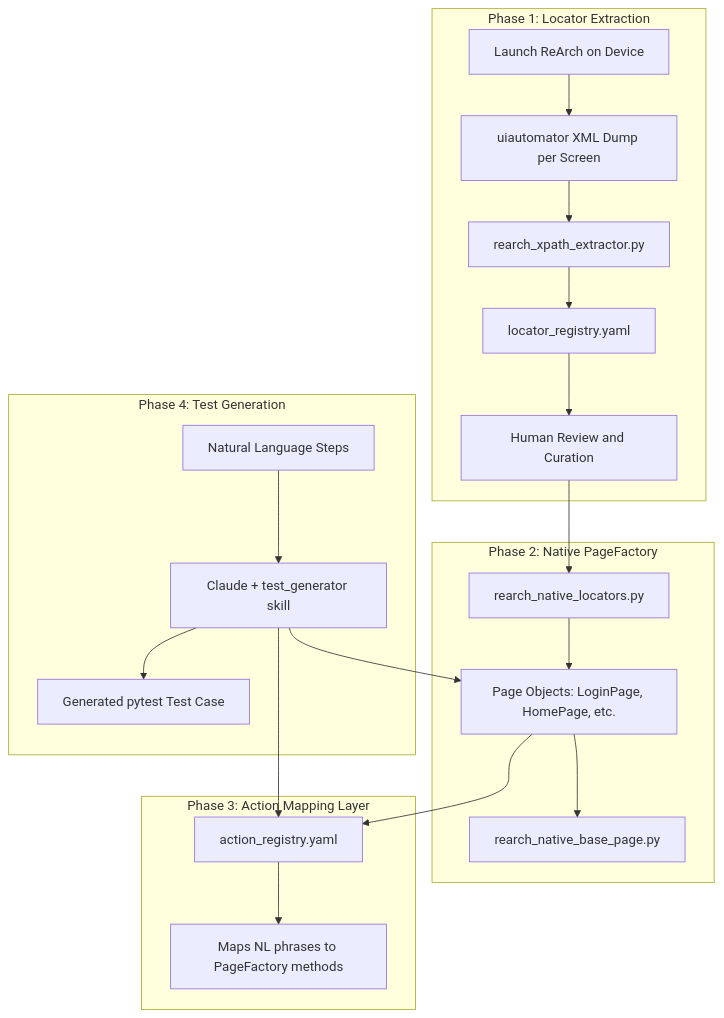
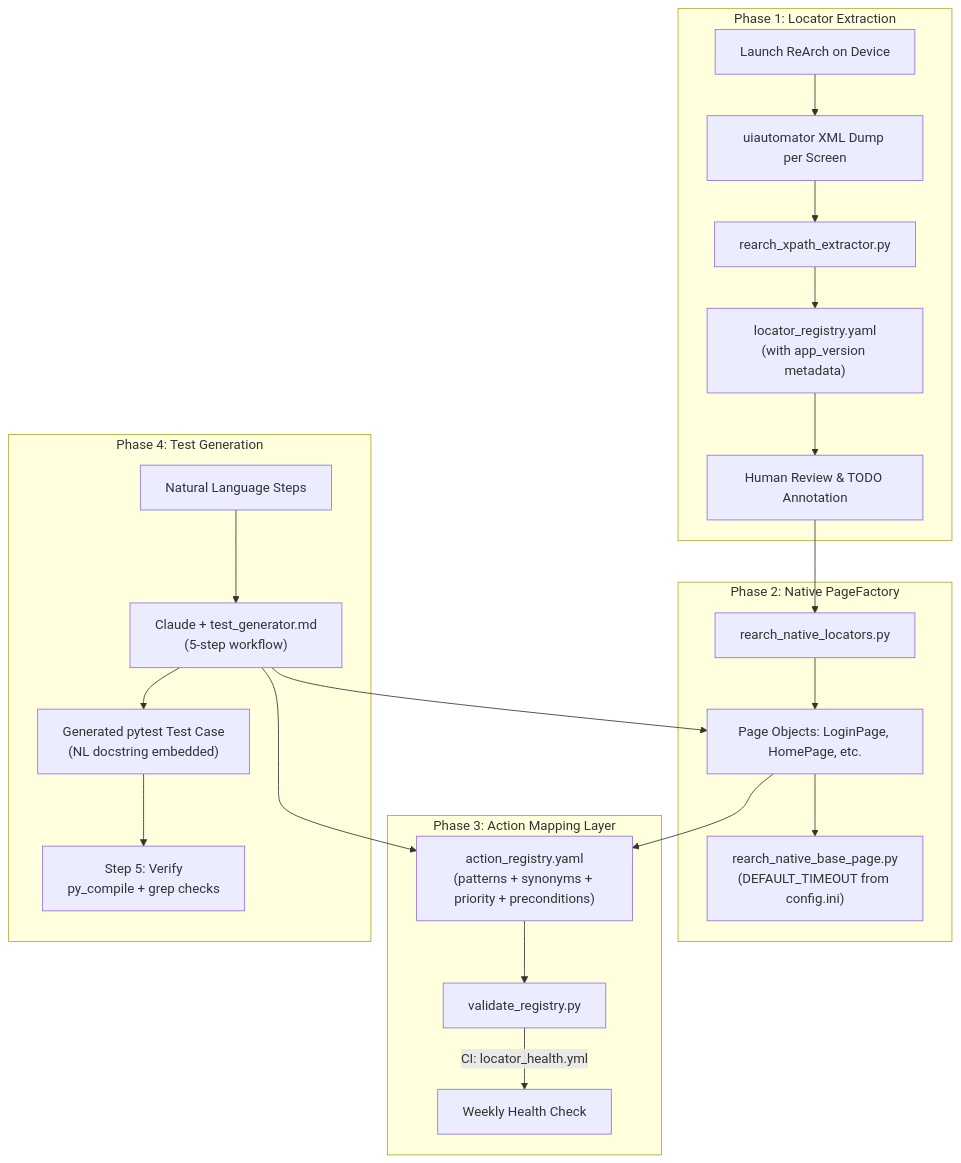
One commit to tularamsa1/ezeauto-rearch-automation-claude changed the diagram in docs/plans/rearch_test_generation_architecture.md. Above: the diagram before and after it, drawn with Mermaid. The commit also changed other lines of this file and 14 other files, not shown here.

````diff
--- a/docs/plans/rearch_test_generation_architecture.md
+++ b/docs/plans/rearch_test_generation_architecture.md
@@ -52,27 +81,29 @@
 ```mermaid
 flowchart TD
     subgraph extraction [Phase 1: Locator Extraction]
         A[Launch ReArch on Device] --> B[uiautomator XML Dump per Screen]
         B --> C[rearch_xpath_extractor.py]
-        C --> D[locator_registry.yaml]
-        D --> E[Human Review and Curation]
+        C --> D["locator_registry.yaml\n(with app_version metadata)"]
+        D --> E[Human Review & TODO Annotation]
     end
 
     subgraph pagefactory [Phase 2: Native PageFactory]
         E --> F[rearch_native_locators.py]
         F --> G[Page Objects: LoginPage, HomePage, etc.]
-        G --> H[rearch_native_base_page.py]
+        G --> H["rearch_native_base_page.py\n(DEFAULT_TIMEOUT from config.ini)"]
     end
 
     subgraph mapping [Phase 3: Action Mapping Layer]
-        G --> I[action_registry.yaml]
-        I --> J[Maps NL phrases to PageFactory methods]
+        G --> I["action_registry.yaml\n(patterns + synonyms + priority + preconditions)"]
+        I --> V[validate_registry.py]
+        V -->|"CI: locator_health.yml"| CI[Weekly Health Check]
     end
 
     subgraph generation [Phase 4: Test Generation]
-        K[Natural Language Steps] --> L[Claude + test_generator skill]
+        K[Natural Language Steps] --> L["Claude + test_generator.md\n(5-step workflow)"]
         L --> I
         L --> G
-        L --> M[Generated pytest Test Case]
+        L --> M["Generated pytest Test Case\n(NL docstring embedded)"]
+        M --> S["Step 5: Verify\npy_compile + grep checks"]
     end
 ```
````
